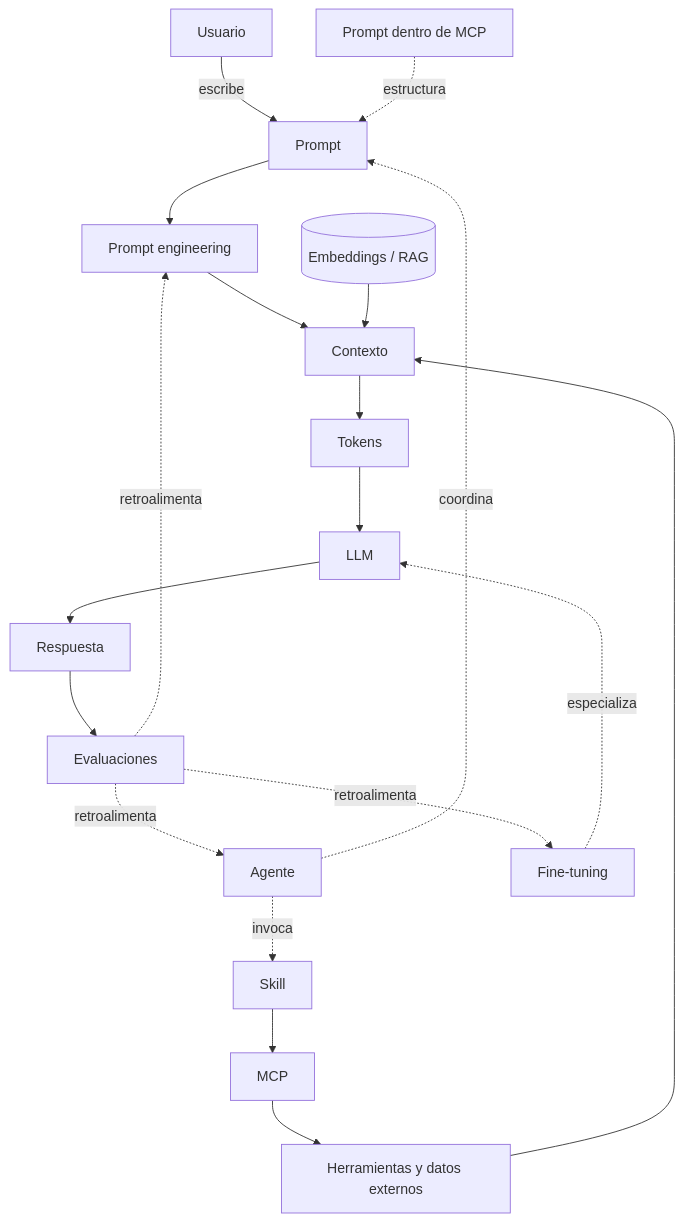
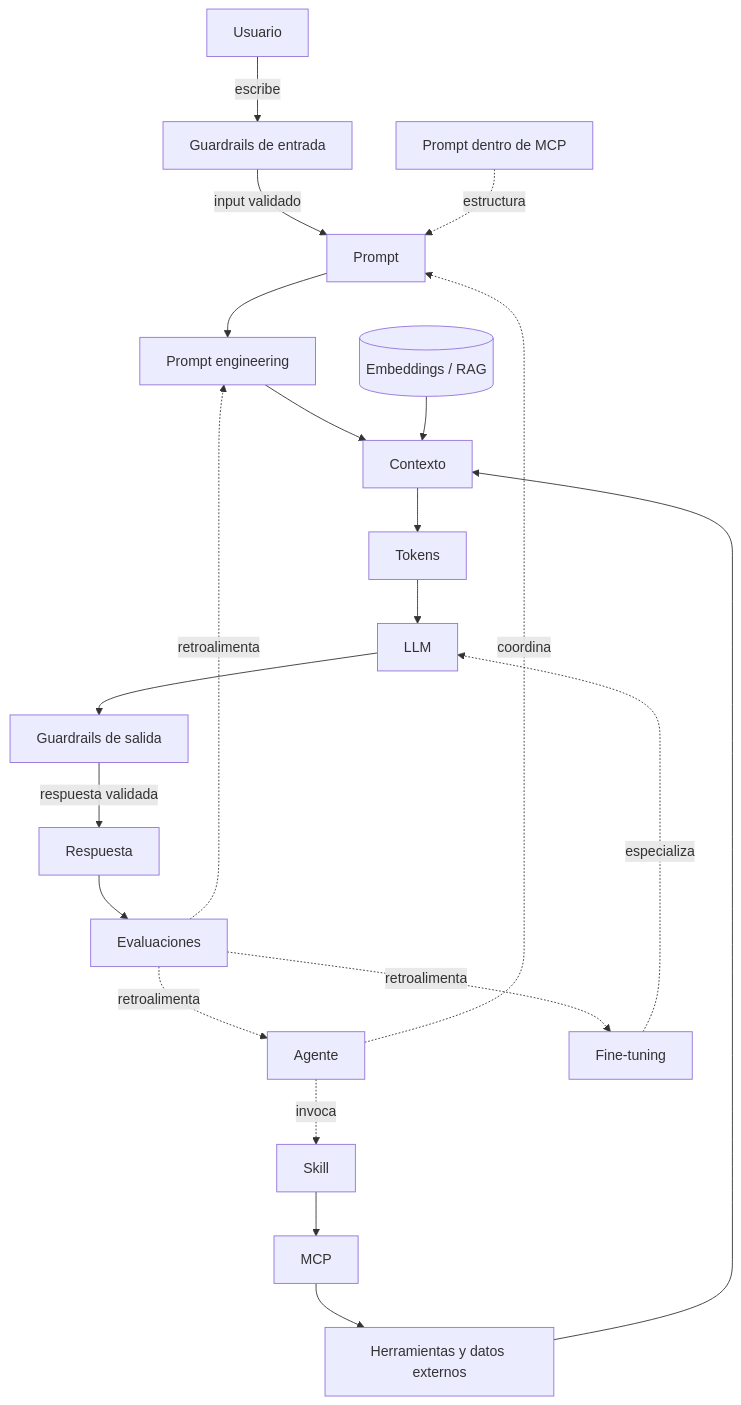
The diagram in Conceptos/00-indice.md (jjrosalesuci/ia), drawn with Mermaid before and after one commit. The commit also changed other lines of this file and 1 other file, not shown here.

First line of the commit message:
Add chapter 15: Guardrails — new chapter on AI guardrails with index updates

````diff
--- a/Conceptos/00-indice.md
+++ b/Conceptos/00-indice.md
@@ -56,21 +58,23 @@
 ```mermaid
 flowchart TD
-    U[Usuario] -->|escribe| P[Prompt]
+    U[Usuario] -->|escribe| GI[Guardrails de entrada]
+    GI -->|input validado| P[Prompt]
     P --> PE[Prompt engineering]
     PE --> CTX[Contexto]
     EMB[(Embeddings / RAG)] --> CTX
     CTX --> TOK[Tokens]
     TOK --> LLM[LLM]
-    LLM --> RESP[Respuesta]
+    LLM --> GO[Guardrails de salida]
+    GO -->|respuesta validada| RESP[Respuesta]
     AG[Agente] -.coordina.-> P
     AG -.invoca.-> SK[Skill]
     SK --> MCP[MCP]
     MCP --> TOOLS[Herramientas y datos externos]
     TOOLS --> CTX
     FT[Fine-tuning] -.especializa.-> LLM
     PMCP[Prompt dentro de MCP] -.estructura.-> P
     RESP --> EVAL[Evaluaciones]
     EVAL -.retroalimenta.-> PE
     EVAL -.retroalimenta.-> FT
     EVAL -.retroalimenta.-> AG
 ```
````
